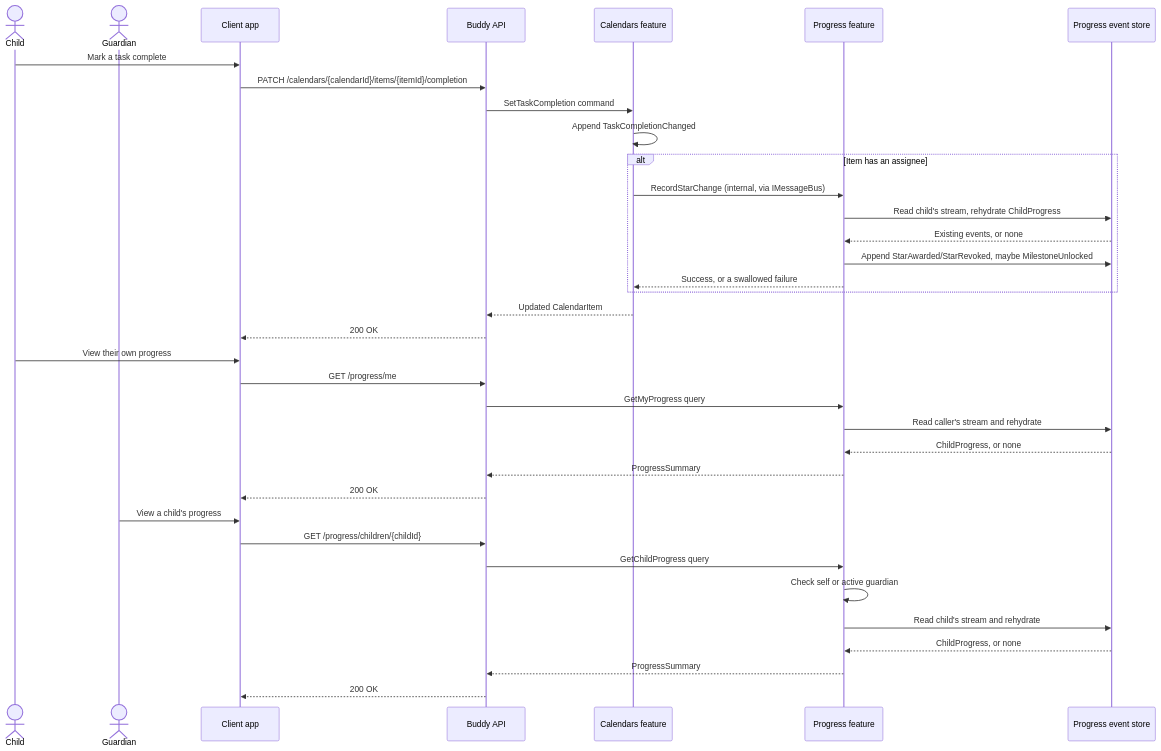
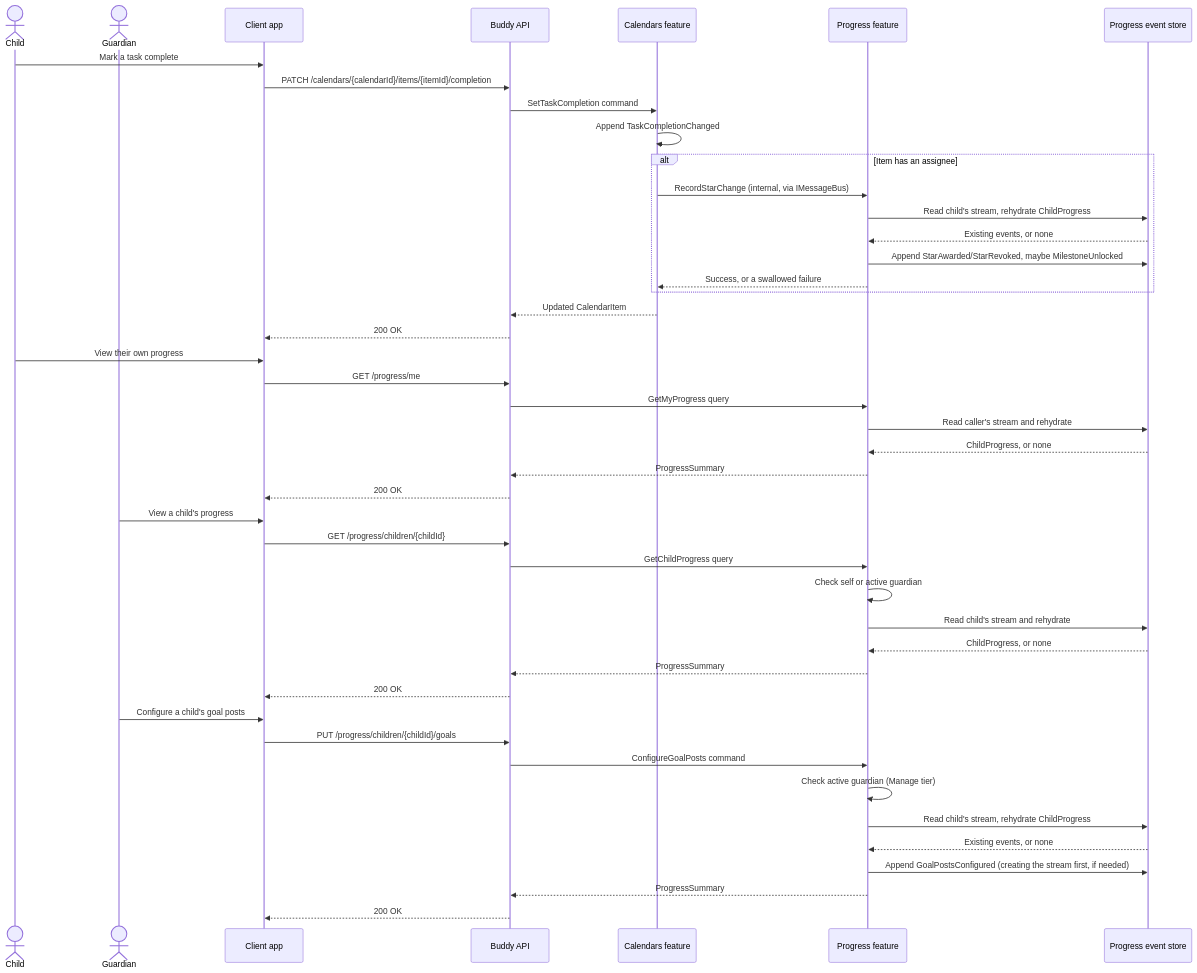
One commit to kimipsen/buddy changed the diagram in docs/backend/progress/flow.md. Above: the diagram before and after it, drawn with Mermaid. The commit also changed other lines of this file and 3 other files, not shown here.

````diff
--- a/docs/backend/progress/flow.md
+++ b/docs/backend/progress/flow.md
@@ -10,41 +13,51 @@
 ```mermaid
 sequenceDiagram
     actor Child
     actor Guardian
     participant App as Client app
     participant API as Buddy API
     participant Calendars as Calendars feature
     participant Progress as Progress feature
     participant Store as Progress event store
 
     Child->>App: Mark a task complete
     App->>API: PATCH /calendars/{calendarId}/items/{itemId}/completion
     API->>Calendars: SetTaskCompletion command
     Calendars->>Calendars: Append TaskCompletionChanged
     alt Item has an assignee
         Calendars->>Progress: RecordStarChange (internal, via IMessageBus)
         Progress->>Store: Read child's stream, rehydrate ChildProgress
         Store-->>Progress: Existing events, or none
         Progress->>Store: Append StarAwarded/StarRevoked, maybe MilestoneUnlocked
         Progress-->>Calendars: Success, or a swallowed failure
     end
     Calendars-->>API: Updated CalendarItem
     API-->>App: 200 OK
 
     Child->>App: View their own progress
     App->>API: GET /progress/me
     API->>Progress: GetMyProgress query
     Progress->>Store: Read caller's stream and rehydrate
     Store-->>Progress: ChildProgress, or none
     Progress-->>API: ProgressSummary
     API-->>App: 200 OK
 
     Guardian->>App: View a child's progress
     App->>API: GET /progress/children/{childId}
     API->>Progress: GetChildProgress query
     Progress->>Progress: Check self or active guardian
     Progress->>Store: Read child's stream and rehydrate
     Store-->>Progress: ChildProgress, or none
     Progress-->>API: ProgressSummary
     API-->>App: 200 OK
+
+    Guardian->>App: Configure a child's goal posts
+    App->>API: PUT /progress/children/{childId}/goals
+    API->>Progress: ConfigureGoalPosts command
+    Progress->>Progress: Check active guardian (Manage tier)
+    Progress->>Store: Read child's stream, rehydrate ChildProgress
+    Store-->>Progress: Existing events, or none
+    Progress->>Store: Append GoalPostsConfigured (creating the stream first, if needed)
+    Progress-->>API: ProgressSummary
+    API-->>App: 200 OK
 ```
````
